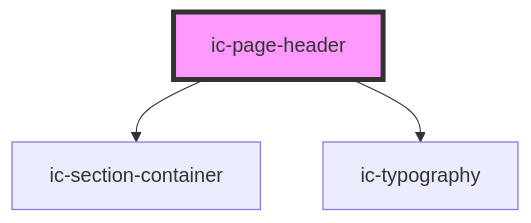
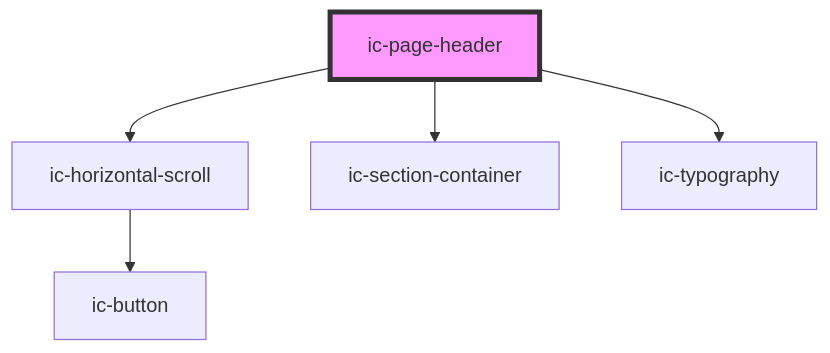
Before and after one commit to mi6/ic-ui-kit: the diagram in packages/web-components/src/components/ic-page-header/readme.md, drawn with Mermaid. The commit also changed other lines of this file and 24 other files, not shown here.

````diff
--- a/packages/web-components/src/components/ic-page-header/readme.md
+++ b/packages/web-components/src/components/ic-page-header/readme.md
@@ -52,6 +54,8 @@
 ```mermaid
 graph TD;
+  ic-page-header --> ic-horizontal-scroll
   ic-page-header --> ic-section-container
   ic-page-header --> ic-typography
+  ic-horizontal-scroll --> ic-button
   style ic-page-header fill:#f9f,stroke:#333,stroke-width:4px
 ```
````
